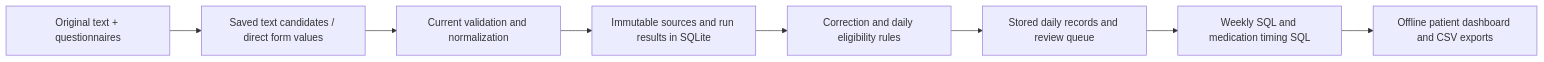
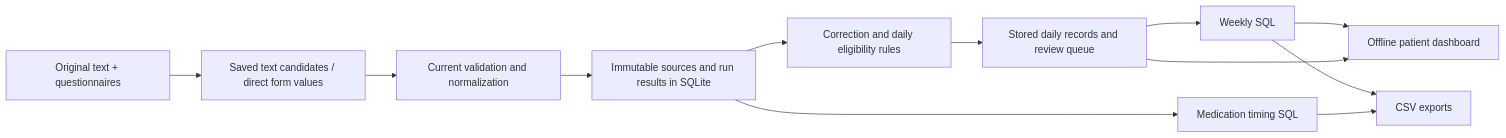
One commit to buyifei11/Patient-Reported-Data-Store-Manage-Chart changed the diagram in docs/storage_and_trends.md. Above: the diagram before and after it, drawn with Mermaid. The commit also changed other lines of this file and 12 other files, not shown here.

Commit message:
Clarify dashboard medication labels and review evidence

````diff
--- a/docs/storage_and_trends.md
+++ b/docs/storage_and_trends.md
@@ -10,10 +10,14 @@
 ```mermaid
 flowchart LR
     A[Original text + questionnaires] --> B[Saved text candidates / direct form values]
     B --> C[Current validation and normalization]
     C --> D[Immutable sources and run results in SQLite]
     D --> E[Correction and daily eligibility rules]
     E --> F[Stored daily records and review queue]
-    F --> G[Weekly SQL and medication timing SQL]
-    G --> H[Offline patient dashboard and CSV exports]
+    F --> G[Weekly SQL]
+    G --> H[Offline patient dashboard]
+    F --> H
+    D --> I[Medication timing SQL]
+    G --> J[CSV exports]
+    I --> J
 ```
````
